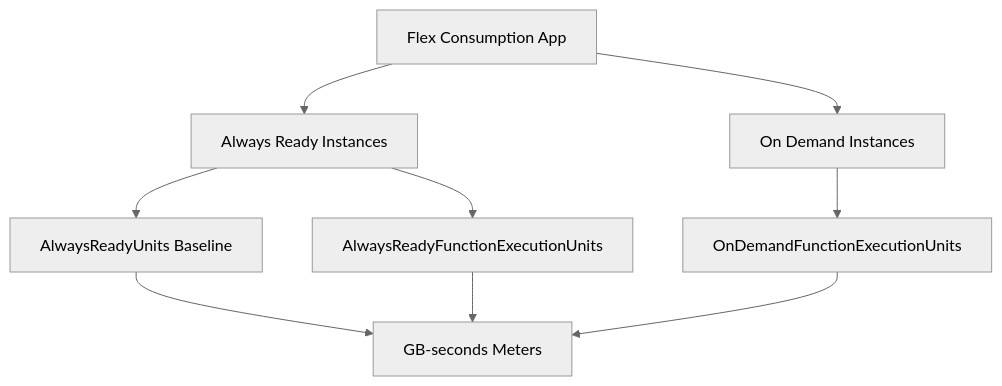
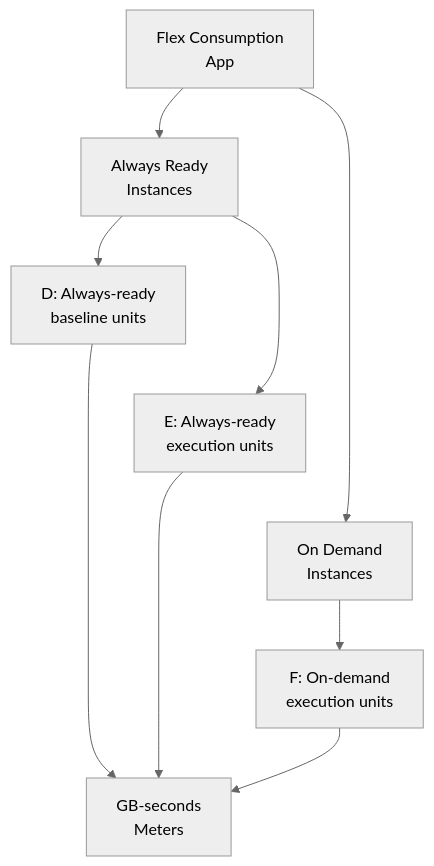
The diagram in docs/reference/metrics/flex-consumption-metrics.md (yeongseon/azure-functions-practical-guide), drawn with Mermaid (neutral theme) before and after one commit. The commit also changed other lines of this file and 4 other files, not shown here.

First line of the commit message:
docs(diagrams): clarify Functions metrics reference maps (#555)

````diff
--- a/docs/reference/metrics/flex-consumption-metrics.md
+++ b/docs/reference/metrics/flex-consumption-metrics.md
@@ -23,11 +23,16 @@
 ```mermaid
 flowchart TD
-    A[Flex Consumption App] --> B[Always Ready Instances]
-    A --> C[On Demand Instances]
-    B --> D[AlwaysReadyUnits Baseline]
-    B --> E[AlwaysReadyFunctionExecutionUnits]
-    C --> F[OnDemandFunctionExecutionUnits]
-    D --> G[GB-seconds Meters]
+    accTitle: Flex Consumption execution units and billing meters
+    accDescr: Flex Consumption splits always-ready baseline and active execution units from on-demand active execution units. All three unit metrics map to GB-second meters; exact REST names are in the adjacent key. This is a metric-to-meter reference, not a complete invoice or a scaling sequence.
+    A["Flex Consumption<br/>App"] --> B["Always Ready<br/>Instances"]
+    A --> C["On Demand<br/>Instances"]
+    B --> D["D: Always-ready<br/>baseline units"]
+    B --> E["E: Always-ready<br/>execution units"]
+    C --> F["F: On-demand<br/>execution units"]
+    D --> G["GB-seconds<br/>Meters"]
     E --> G
     F --> G
+    %% Layout-only links tier metric categories; they add no billing paths or scaling steps.
+    D ~~~ E
+    E ~~~ C
 ```
````
